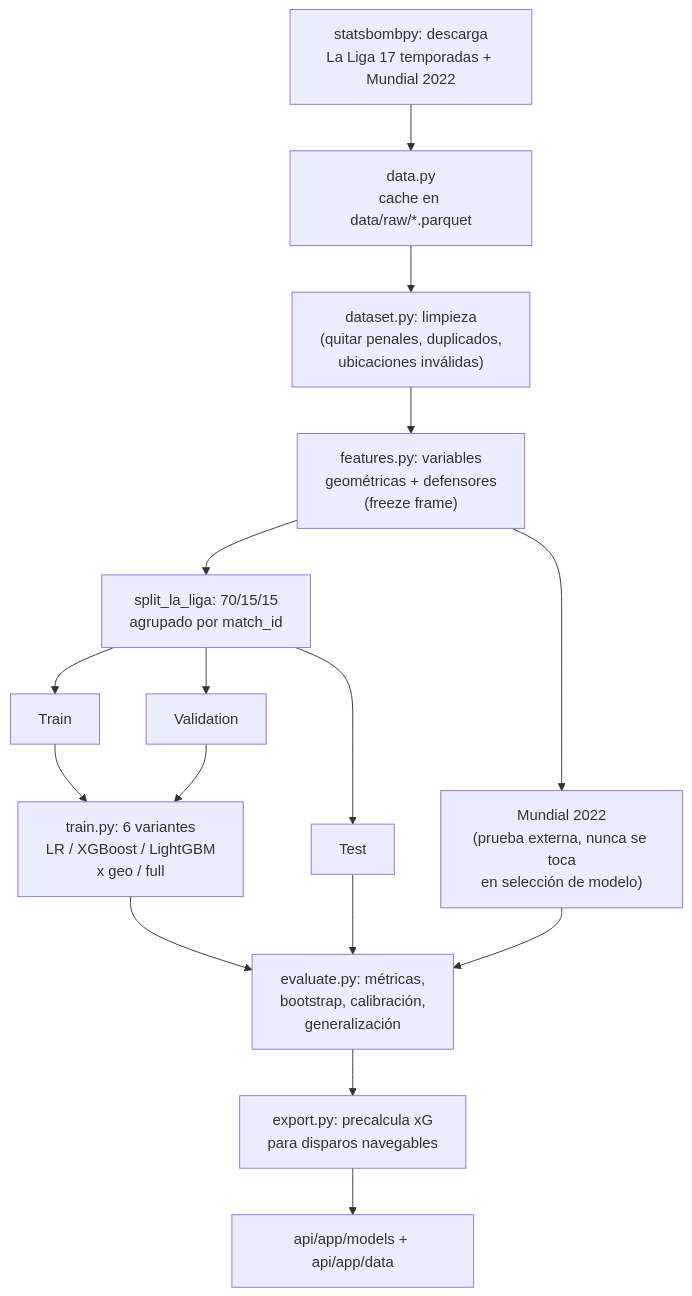
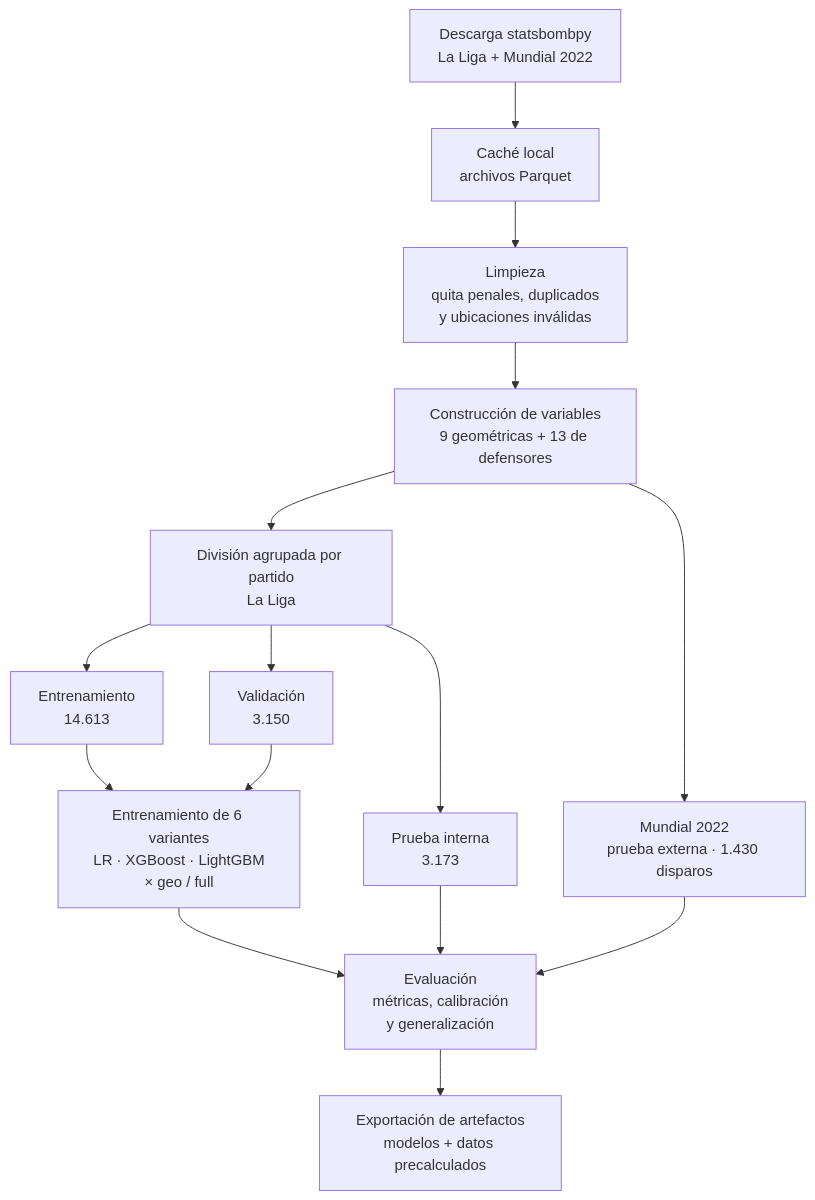
The diagram in docs/diagrams/data_pipeline.mmd (miguel-acha/MultiScore), drawn with Mermaid before and after one commit. The commit also changed 9 other files, not shown here.

First line of the commit message:
Update architecture diagrams for the report's Arquitectura y Diseño section

```diff
--- a/docs/diagrams/data_pipeline.mmd
+++ b/docs/diagrams/data_pipeline.mmd
@@ -1,18 +1,19 @@
-%% Pipeline de datos y entrenamiento
+%% Figura 2. Pipeline de datos y entrenamiento
 flowchart TD
-    A[statsbombpy: descarga\nLa Liga 17 temporadas + Mundial 2022] --> B[data.py\ncache en data/raw/*.parquet]
-    B --> C["dataset.py: limpieza\n(quitar penales, duplicados,\nubicaciones inválidas)"]
-    C --> D["features.py: variables\ngeométricas + defensores\n(freeze frame)"]
-    D --> E["split_la_liga: 70/15/15\nagrupado por match_id"]
-    E --> F1[Train]
-    E --> F2[Validation]
-    E --> F3[Test]
-    D --> F4["Mundial 2022\n(prueba externa, nunca se toca\nen selección de modelo)"]
+    A["Descarga statsbombpy<br/>La Liga + Mundial 2022"] --> B["Caché local<br/>archivos Parquet"]
+    B --> C["Limpieza<br/>quita penales, duplicados<br/>y ubicaciones inválidas"]
+    C --> D["Construcción de variables<br/>9 geométricas + 13 de defensores"]
 
-    F1 --> G["train.py: 6 variantes\nLR / XGBoost / LightGBM\nx geo / full"]
+    D --> E["División agrupada por partido<br/>La Liga"]
+    D --> F4["Mundial 2022<br/>prueba externa · 1.430 disparos"]
+
+    E --> F1["Entrenamiento<br/>14.613"]
+    E --> F2["Validación<br/>3.150"]
+    E --> F3["Prueba interna<br/>3.173"]
+
+    F1 --> G["Entrenamiento de 6 variantes<br/>LR · XGBoost · LightGBM<br/>× geo / full"]
     F2 --> G
-    G --> H["evaluate.py: métricas,\nbootstrap, calibración,\ngeneralización"]
+    G --> H["Evaluación<br/>métricas, calibración<br/>y generalización"]
     F3 --> H
     F4 --> H
-    H --> I["export.py: precalcula xG\npara disparos navegables"]
-    I --> J[api/app/models + api/app/data]
+    H --> I["Exportación de artefactos<br/>modelos + datos precalculados"]
```
